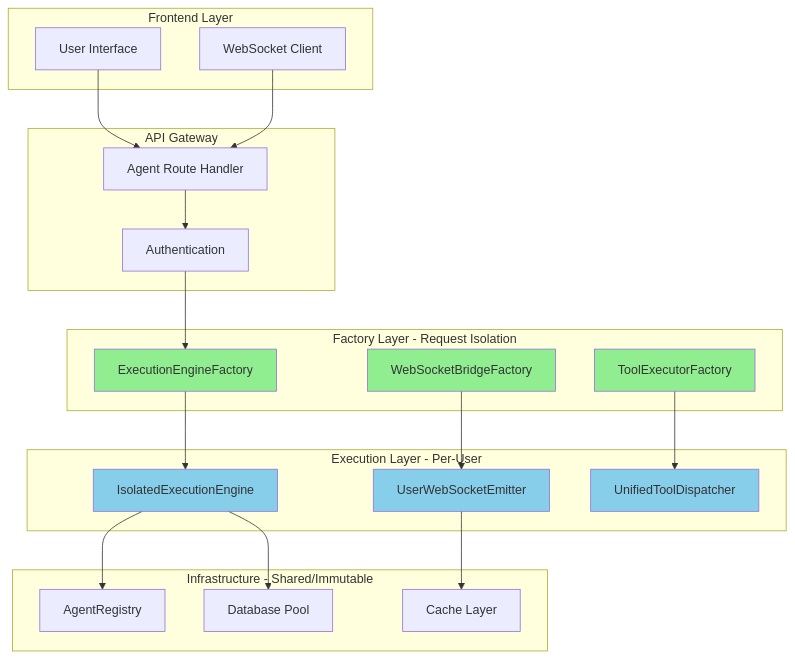
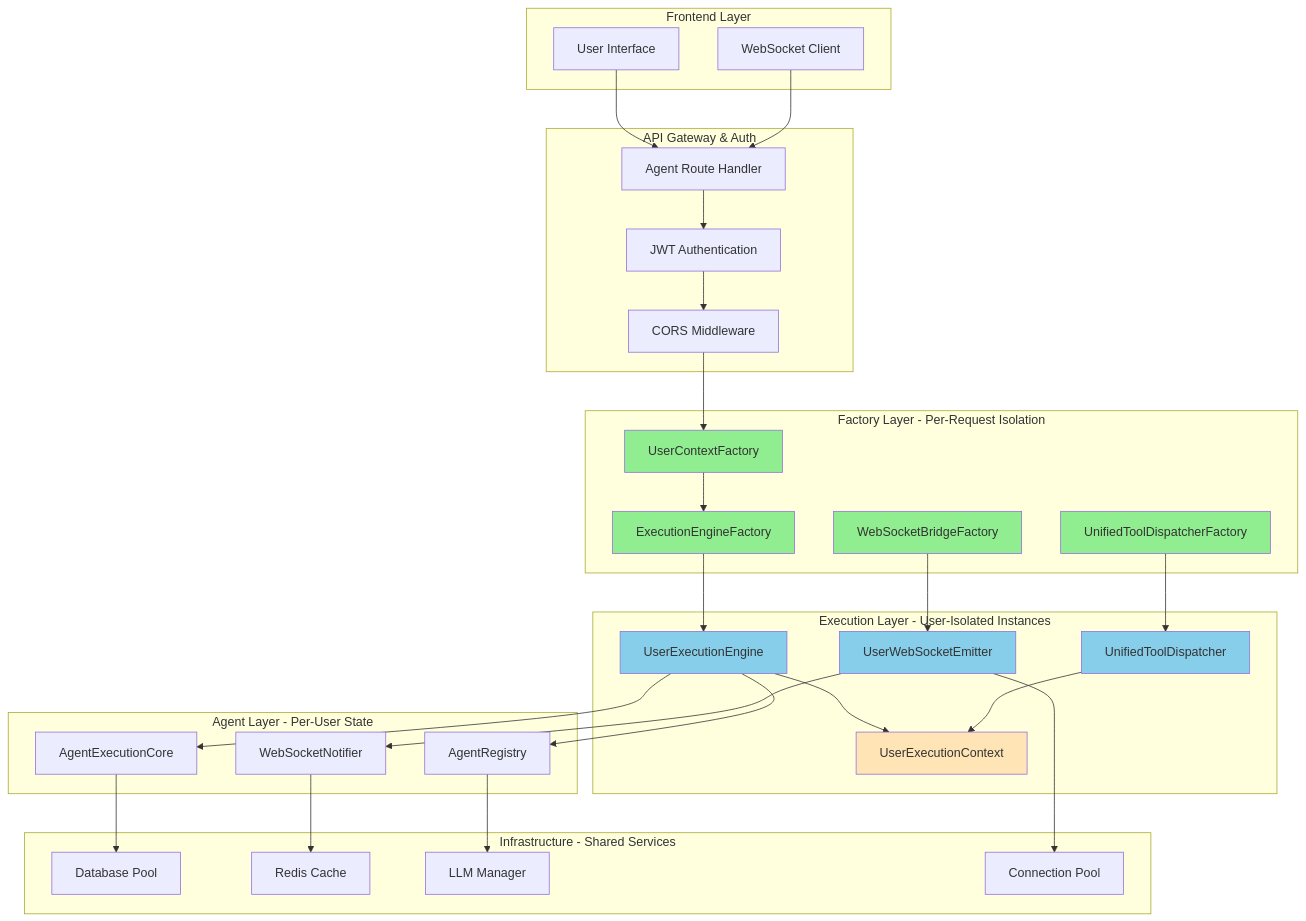
Before and after one commit to netra-systems/zen: the first of 13 diagrams in reports/archived/USER_CONTEXT_ARCHITECTURE.md, drawn with Mermaid. The commit also changed other lines of this file and 107 other files, not shown here.

First line of the commit message:
fix: resolve WebSocket health monitoring conflict blocking GCP deployment

````diff
--- a/reports/archived/USER_CONTEXT_ARCHITECTURE.md
+++ b/reports/archived/USER_CONTEXT_ARCHITECTURE.md
@@ -15,50 +27,73 @@
 ```mermaid
 graph TB
     subgraph "Frontend Layer"
         UI[User Interface]
         WS_Client[WebSocket Client]
     end
     
-    subgraph "API Gateway"
+    subgraph "API Gateway & Auth"
         Route[Agent Route Handler]
-        Auth[Authentication]
+        Auth[JWT Authentication]
+        CORS[CORS Middleware]
     end
     
-    subgraph "Factory Layer - Request Isolation"
+    subgraph "Factory Layer - Per-Request Isolation"
         EEF[ExecutionEngineFactory]
-        WSBF[WebSocketBridgeFactory]
-        TEF[ToolExecutorFactory]
+        WSBF[WebSocketBridgeFactory] 
+        UTDF[UnifiedToolDispatcherFactory]
+        UCF[UserContextFactory]
     end
     
-    subgraph "Execution Layer - Per-User"
-        IEE[IsolatedExecutionEngine]
+    subgraph "Execution Layer - User-Isolated Instances"
+        UEE[UserExecutionEngine]
         UWE[UserWebSocketEmitter]
         UTD[UnifiedToolDispatcher]
+        UEC[UserExecutionContext]
     end
     
-    subgraph "Infrastructure - Shared/Immutable"
+    subgraph "Agent Layer - Per-User State"
         AR[AgentRegistry]
+        AEC[AgentExecutionCore]
+        WSN[WebSocketNotifier]
+    end
+    
+    subgraph "Infrastructure - Shared Services"
         DB[Database Pool]
-        Cache[Cache Layer]
+        Redis[Redis Cache]
+        LLM[LLM Manager]
+        CP[Connection Pool]
     end
     
     UI --> Route
     WS_Client --> Route
     Route --> Auth
-    Auth --> EEF
+    Auth --> CORS
+    CORS --> UCF
     
-    EEF --> IEE
+    UCF --> EEF
+    EEF --> UEE
     WSBF --> UWE
-    TEF --> UTD
+    UTDF --> UTD
     
-    IEE --> AR
-    IEE --> DB
-    UWE --> Cache
+    UEE --> UEC
+    UEE --> AR
+    UEE --> AEC
+    
+    UWE --> WSN
+    UWE --> CP
+    
+    UTD --> UEC
+    
+    AR --> LLM
+    AEC --> DB
+    WSN --> Redis
     
     style EEF fill:#90EE90
-    style WSBF fill:#90EE90
-    style TEF fill:#90EE90
-    style IEE fill:#87CEEB
+    style WSBF fill:#90EE90  
+    style UTDF fill:#90EE90
+    style UCF fill:#90EE90
+    style UEE fill:#87CEEB
     style UWE fill:#87CEEB
     style UTD fill:#87CEEB
+    style UEC fill:#FFE4B5
 ```
````
